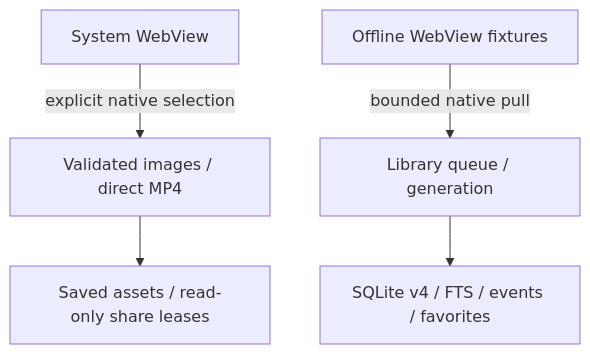
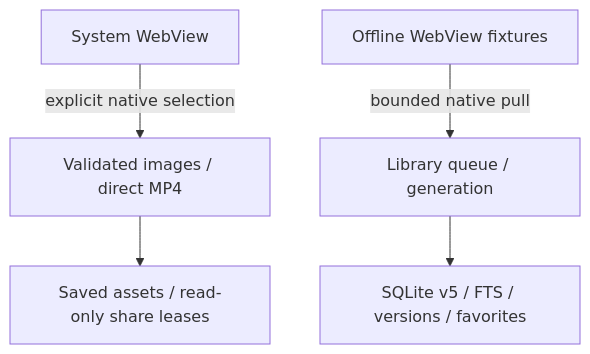
Before and after one commit to ForceMind/Xs: the diagram in docs/architecture.md, drawn with Mermaid. The commit also changed other lines of this file and 78 other files, not shown here.

````diff
--- a/docs/architecture.md
+++ b/docs/architecture.md
@@ -9,7 +9,7 @@
 ```mermaid
 flowchart TD
   W["System WebView"] -->|"explicit native selection"| M["Validated images / direct MP4"]
   F["Offline WebView fixtures"] -->|"bounded native pull"| Q["Library queue / generation"]
-  Q --> D["SQLite v4 / FTS / events / favorites"]
+  Q --> D["SQLite v5 / FTS / versions / favorites"]
   M --> A["Saved assets / read-only share leases"]
 ```
````
